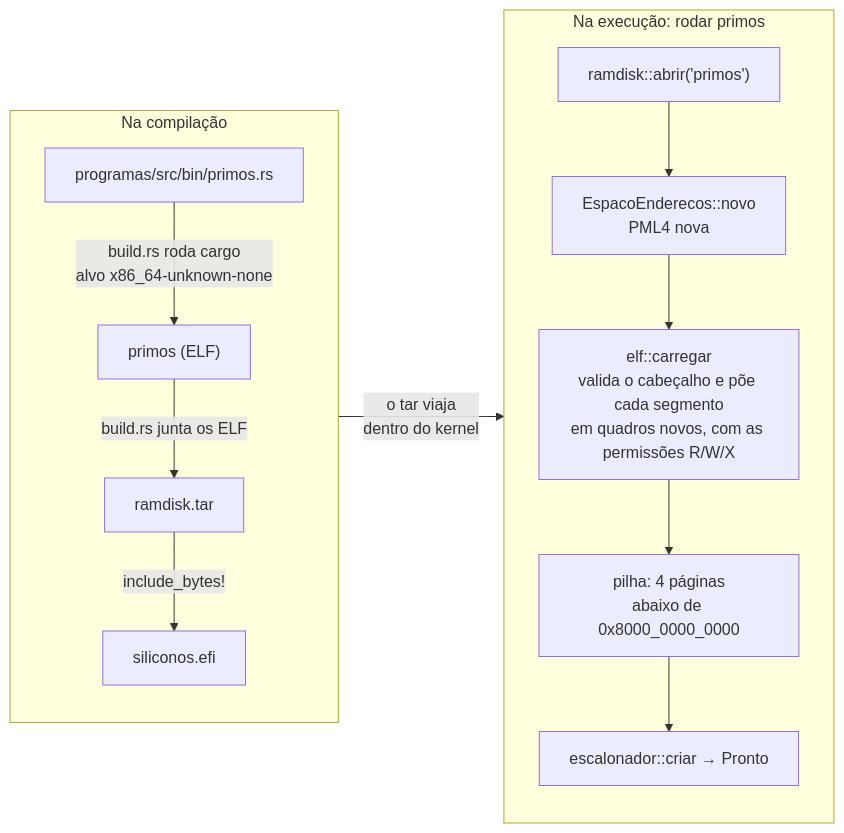
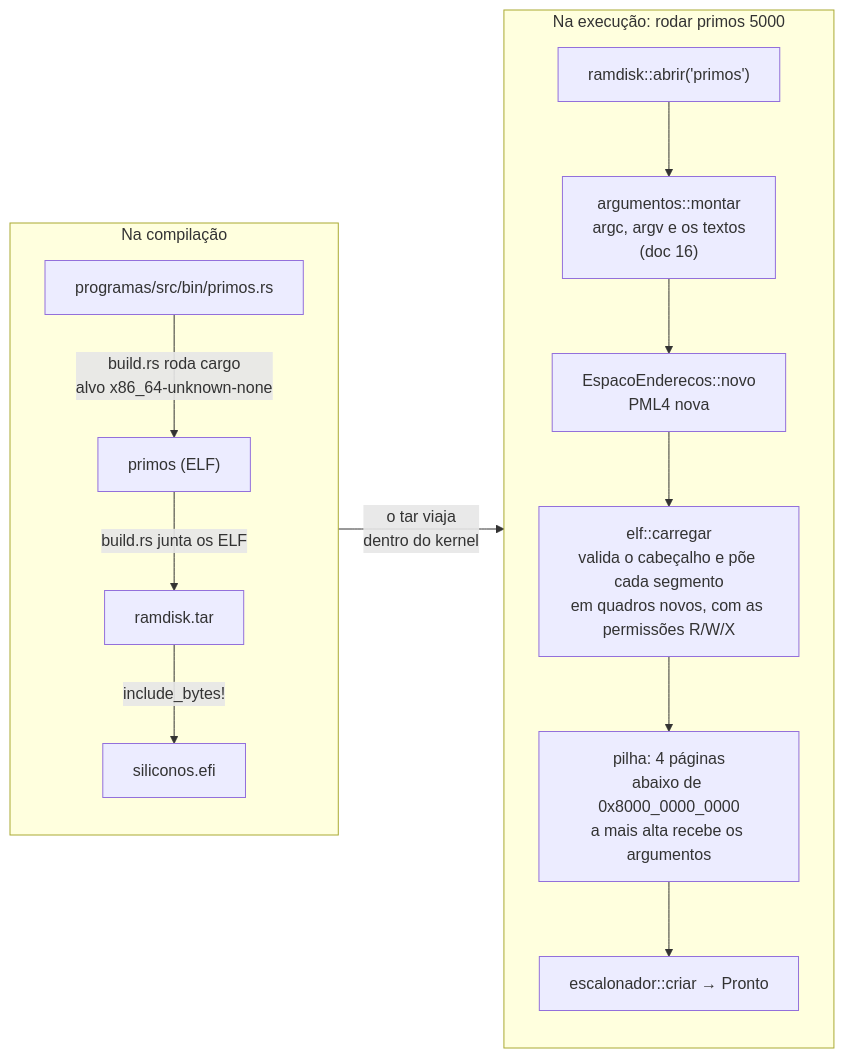
One commit to moises-dev-git/siliconOS changed the eighth of 8 diagrams in docs/mapa.md. Above: the diagram before and after it, drawn with Mermaid. The commit also changed other lines of this file and 27 other files, not shown here.

First line of the commit message:
Argumentos (argv) para os programas, no formato System V (doc 16)

````diff
--- a/docs/mapa.md
+++ b/docs/mapa.md
@@ -343,17 +344,20 @@
 ```mermaid
 flowchart LR
     subgraph COMP["Na compilação"]
         direction TB
         S["programas/src/bin/primos.rs"] -->|"build.rs roda cargo<br/>alvo x86_64-unknown-none"| ELF["primos (ELF)"]
         ELF -->|"build.rs junta os ELF"| TAR["ramdisk.tar"]
         TAR -->|"include_bytes!"| KER["siliconos.efi"]
     end
-    subgraph EXEC["Na execução: rodar primos"]
+    subgraph EXEC["Na execução: rodar primos 5000"]
         direction TB
-        RD["ramdisk::abrir('primos')"] --> NE["EspacoEnderecos::novo<br/>PML4 nova"]
+        RD["ramdisk::abrir('primos')"]
+        NE["EspacoEnderecos::novo<br/>PML4 nova"]
+        RD --> ARG["argumentos::montar<br/>argc, argv e os textos<br/>(doc 16)"]
+        ARG --> NE
         NE --> CAR["elf::carregar<br/>valida o cabeçalho e põe cada segmento<br/>em quadros novos, com as permissões R/W/X"]
-        CAR --> PIL["pilha: 4 páginas<br/>abaixo de 0x8000_0000_0000"]
+        CAR --> PIL["pilha: 4 páginas<br/>abaixo de 0x8000_0000_0000<br/>a mais alta recebe os argumentos"]
         PIL --> CR["escalonador::criar → Pronto"]
     end
     COMP -- "o tar viaja<br/>dentro do kernel" --> EXEC
 ```
````
